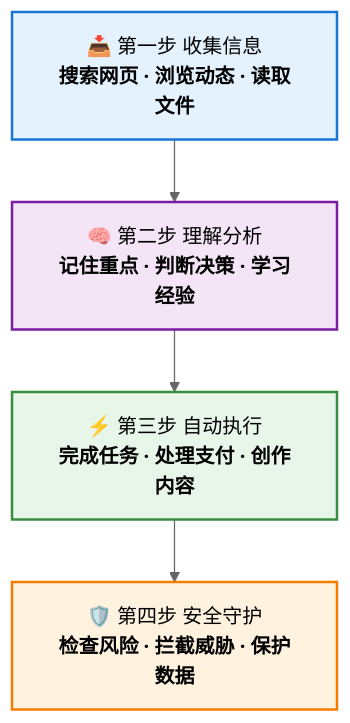
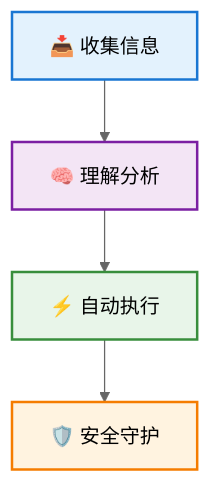
One commit to weininghui/skills changed the second of 3 diagrams in README.md. Above: the diagram before and after it, drawn with Mermaid (neutral theme). The commit also changed other lines of this file, not shown here.

Commit message:
fix: shorten mermaid node labels to prevent text overflow

````diff
--- a/README.md
+++ b/README.md
@@ -61,11 +61,11 @@
 ```mermaid
 graph TB
-    A["📥 第一步 收集信息<br/><b>搜索网页 · 浏览动态 · 读取文件</b>"] --> B["🧠 第二步 理解分析<br/><b>记住重点 · 判断决策 · 学习经验</b>"]
-    B --> C["⚡ 第三步 自动执行<br/><b>完成任务 · 处理支付 · 创作内容</b>"]
-    C --> D["🛡️ 第四步 安全守护<br/><b>检查风险 · 拦截威胁 · 保护数据</b>"]
+    A["📥 收集信息"] --> B["🧠 理解分析"]
+    B --> C["⚡ 自动执行"]
+    C --> D["🛡️ 安全守护"]
 
     style A fill:#E3F2FD,stroke:#1976D2,stroke-width:2px
     style B fill:#F3E5F5,stroke:#7B1FA2,stroke-width:2px
     style C fill:#E8F5E9,stroke:#388E3C,stroke-width:2px
     style D fill:#FFF3E0,stroke:#F57C00,stroke-width:2px
 ```
````
